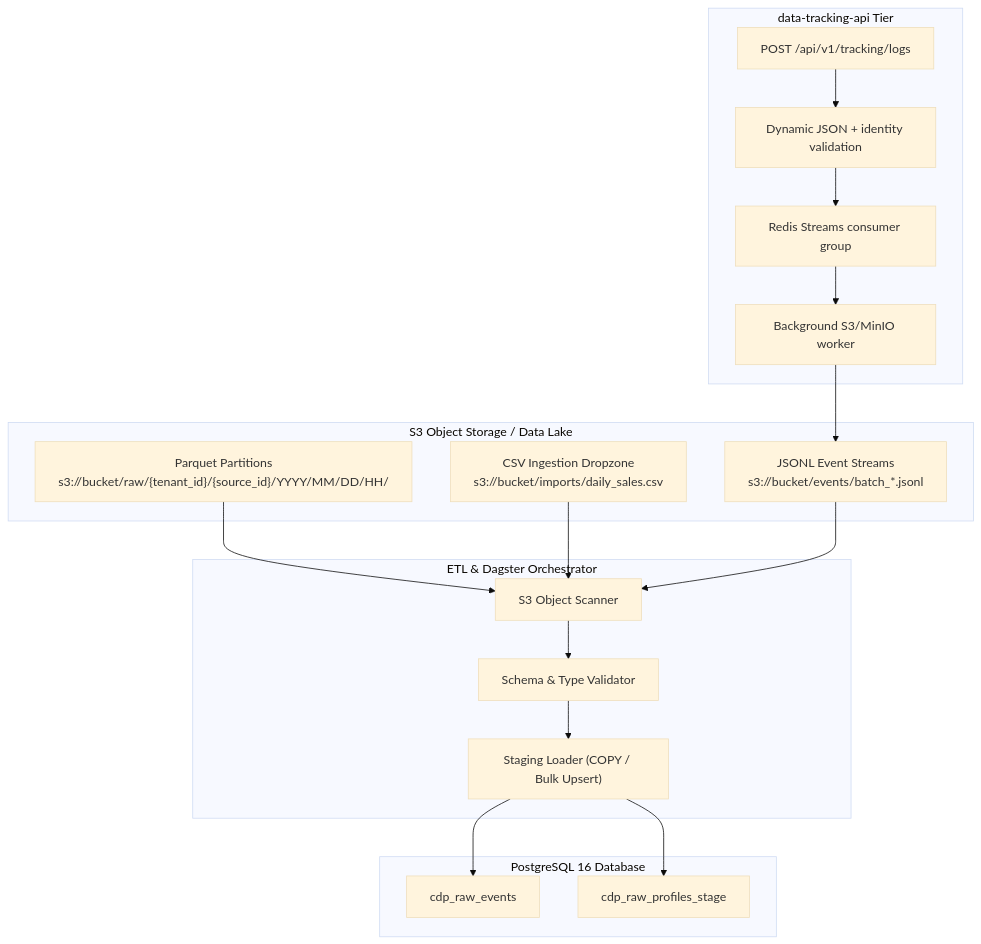
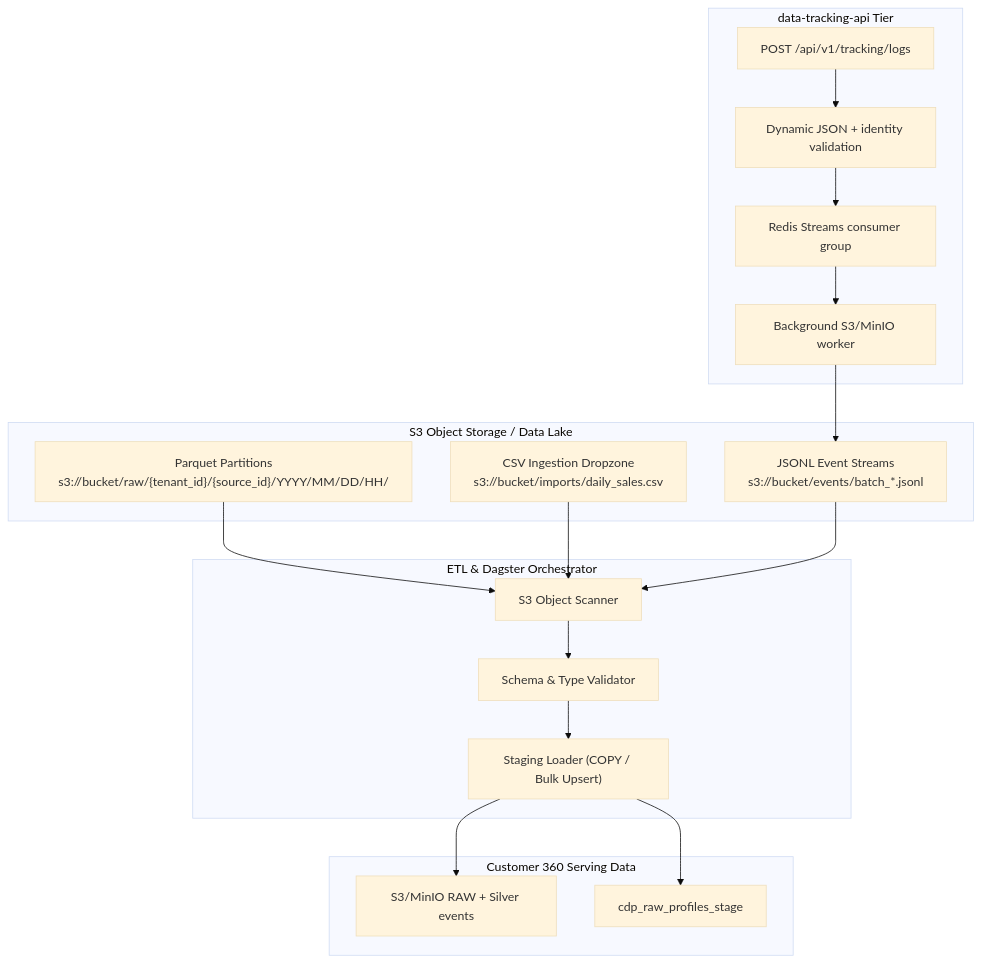
Before and after one commit to LEO-CDP/leo-customer360: the diagram in docs/data-sources/4-s3-files-synch.md, drawn with Mermaid (base theme). The commit also changed 25 other files, not shown here.

````diff
--- a/docs/data-sources/4-s3-files-synch.md
+++ b/docs/data-sources/4-s3-files-synch.md
@@ -7,34 +7,34 @@
 ```mermaid
 flowchart TD
     subgraph DataLake["S3 Object Storage / Data Lake"]
         PARQUET["Parquet Partitions\ns3://bucket/raw/{tenant_id}/{source_id}/YYYY/MM/DD/HH/"]
         CSV["CSV Ingestion Dropzone\ns3://bucket/imports/daily_sales.csv"]
         JSONL["JSONL Event Streams\ns3://bucket/events/batch_*.jsonl"]
     end
 
     subgraph TrackingAPI["data-tracking-api Tier"]
         INGEST["POST /api/v1/tracking/logs"]
         SCHEMA["Dynamic JSON + identity validation"]
         STREAM["Redis Streams consumer group"]
         WORKER["Background S3/MinIO worker"]
     end
 
     subgraph BatchETL["ETL & Dagster Orchestrator"]
         DISCOVER["S3 Object Scanner"]
         VALIDATE["Schema & Type Validator"]
         LOADER["Staging Loader (COPY / Bulk Upsert)"]
     end
 
-    subgraph CDPDatabase["PostgreSQL 16 Database"]
-        RAW_EVT["cdp_raw_events"]
+    subgraph CDPDatabase["Customer 360 Serving Data"]
+        RAW_EVT["S3/MinIO RAW + Silver events"]
         RAW_PRF["cdp_raw_profiles_stage"]
     end
 
     INGEST --> SCHEMA --> STREAM --> WORKER --> JSONL
     PARQUET --> DISCOVER
     CSV --> DISCOVER
     JSONL --> DISCOVER
     DISCOVER --> VALIDATE --> LOADER
     LOADER --> RAW_EVT
     LOADER --> RAW_PRF
 ```
````
